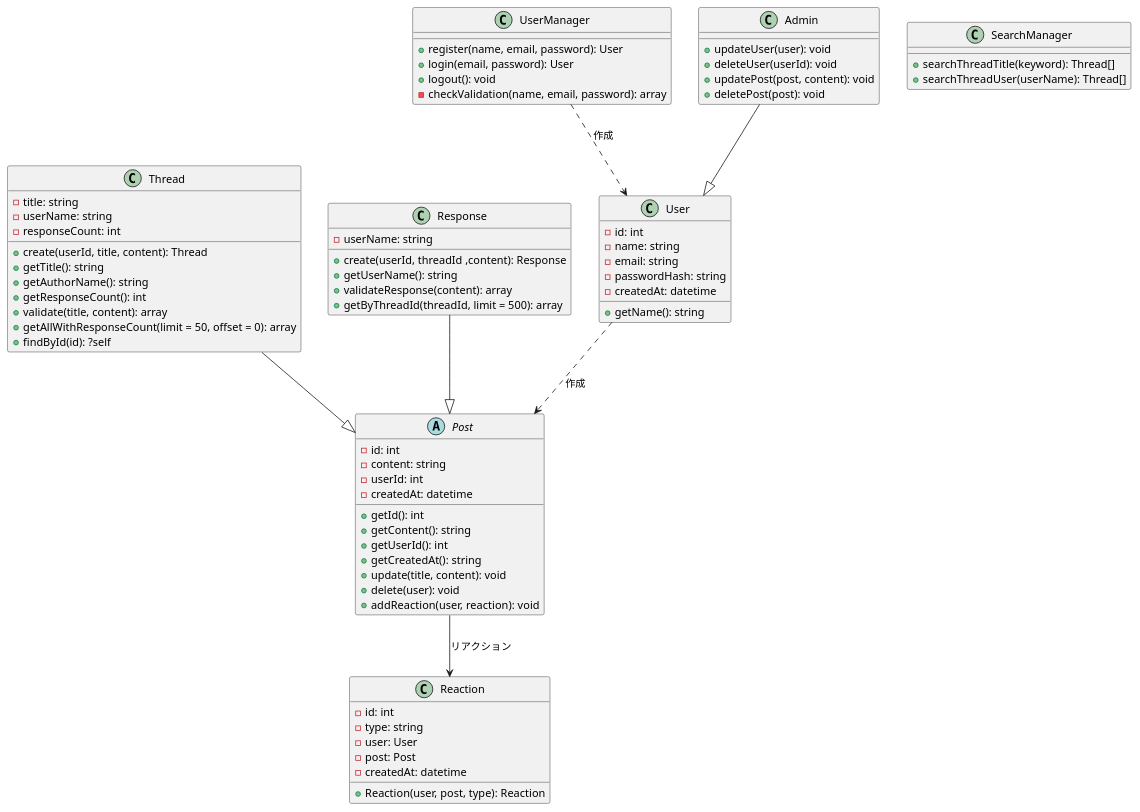
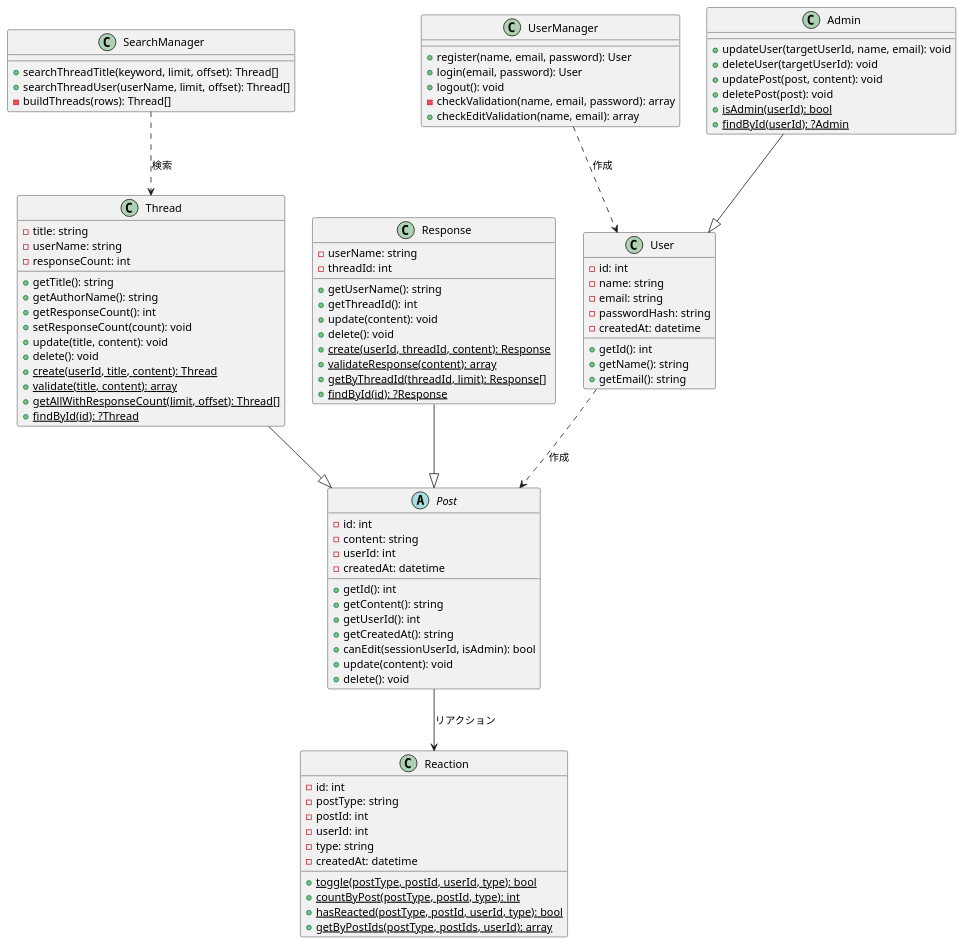
The diagram in docs/設計/diagrams/class.puml (nanotech-soya-kousuke/bbs-app), drawn with PlantUML before and after one commit.

Commit message:
クラス図更新

```diff
--- a/docs/設計/diagrams/class.puml
+++ b/docs/設計/diagrams/class.puml
@@ -1,81 +1,101 @@
 @startuml
 
 class User {
   - id: int
   - name: string
   - email: string
   - passwordHash: string
   - createdAt: datetime
+  + getId(): int
   + getName(): string
+  + getEmail(): string
 }
 
-class UserManager{
+class UserManager {
   + register(name, email, password): User
   + login(email, password): User
   + logout(): void
   - checkValidation(name, email, password): array
+  + checkEditValidation(name, email): array
 }
 
-class SearchManager{
-  + searchThreadTitle(keyword): Thread[]
-  + searchThreadUser(userName): Thread[]
+class SearchManager {
+  + searchThreadTitle(keyword, limit, offset): Thread[]
+  + searchThreadUser(userName, limit, offset): Thread[]
+  - buildThreads(rows): Thread[]
 }
 
 abstract class Post {
   - id: int
   - content: string
   - userId: int
   - createdAt: datetime
   + getId(): int
   + getContent(): string
   + getUserId(): int
   + getCreatedAt(): string
-  + update(title, content): void
-  + delete(user): void
-  + addReaction(user, reaction): void
+  + canEdit(sessionUserId, isAdmin): bool
+  + update(content): void
+  + delete(): void
 }
 
 class Thread {
   - title: string
   - userName: string
   - responseCount: int
-  + create(userId, title, content): Thread
   + getTitle(): string
   + getAuthorName(): string
   + getResponseCount(): int
-  + validate(title, content): array
-  + getAllWithResponseCount(limit = 50, offset = 0): array
-  + findById(id): ?self
+  + setResponseCount(count): void
+  + update(title, content): void
+  + delete(): void
+  + {static} create(userId, title, content): Thread
+  + {static} validate(title, content): array
+  + {static} getAllWithResponseCount(limit, offset): Thread[]
+  + {static} findById(id): ?Thread
 }
 
 class Response {
   - userName: string
-  + create(userId, threadId ,content): Response
+  - threadId: int
   + getUserName(): string
-  + validateResponse(content): array
-  + getByThreadId(threadId, limit = 500): array
+  + getThreadId(): int
+  + update(content): void
+  + delete(): void
+  + {static} create(userId, threadId, content): Response
+  + {static} validateResponse(content): array
+  + {static} getByThreadId(threadId, limit): Response[]
+  + {static} findById(id): ?Response
 }
 
 class Admin {
-  + updateUser(user): void
-  + deleteUser(userId): void
+  + updateUser(targetUserId, name, email): void
+  + deleteUser(targetUserId): void
   + updatePost(post, content): void
   + deletePost(post): void
+  + {static} isAdmin(userId): bool
+  + {static} findById(userId): ?Admin
 }
 
 class Reaction {
   - id: int
+  - postType: string
+  - postId: int
+  - userId: int
   - type: string
-  - user: User
-  - post: Post
   - createdAt: datetime
-  + Reaction(user, post, type): Reaction
+  + {static} toggle(postType, postId, userId, type): bool
+  + {static} countByPost(postType, postId, type): int
+  + {static} hasReacted(postType, postId, userId, type): bool
+  + {static} getByPostIds(postType, postIds, userId): array
 }
 
 User ..> Post : 作成
 Post --> Reaction : リアクション
 Thread --|> Post
 Response --|> Post
 Admin --|> User
 UserManager ..> User : 作成
+SearchManager ..> Thread : 検索
+
 @enduml
```
